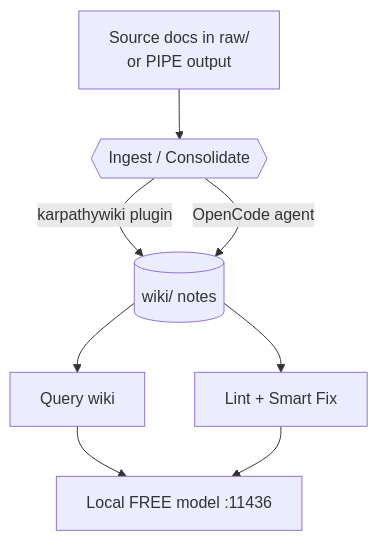
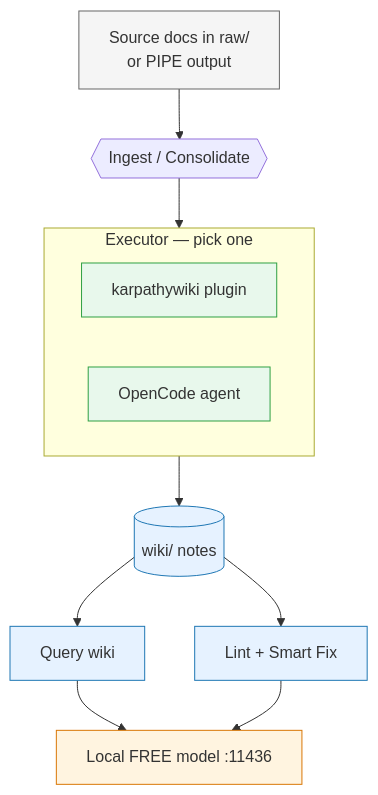
The third of 3 diagrams in README.md (chelmooz/RAG-Harvard-IT-teacher), drawn with Mermaid before and after one commit. The commit also changed other lines of this file and 1 other file, not shown here.

Commit message:
docs: update Mermaid diagrams — aligned with v6 stack (ports, Ollama Vulkan, auto-eval seq, Modèle 3)

````diff
--- a/README.md
+++ b/README.md
@@ -110,11 +127,24 @@
 ```mermaid
 flowchart TB
-    S[Source docs in raw/<br/>or PIPE output]
+    classDef src fill:#f5f5f5,stroke:#666
+    classDef exec fill:#e8f8ec,stroke:#2ea043
+    classDef out fill:#e6f2ff,stroke:#1f77b4
+    classDef model fill:#fff4e0,stroke:#d97706
+
+    S[Source docs in raw/<br/>or PIPE output]:::src
     S --> ING{{Ingest / Consolidate}}
-    ING -->|karpathywiki plugin| KB[(wiki/ notes)]
-    ING -->|OpenCode agent| KB
-    KB --> Q[Query wiki]
-    KB --> L[Lint + Smart Fix]
-    Q --> M[Local FREE model :11436]
+
+    subgraph EXEC["Executor — pick one"]
+        direction LR
+        E1[karpathywiki plugin]:::exec
+        E2[OpenCode agent]:::exec
+    end
+
+    ING --> EXEC
+    EXEC --> KB[(wiki/ notes)]:::out
+    KB --> Q[Query wiki]:::out
+    KB --> L[Lint + Smart Fix]:::out
+    M[Local FREE model :11436]:::model
+    Q --> M
     L --> M
 ```
````
